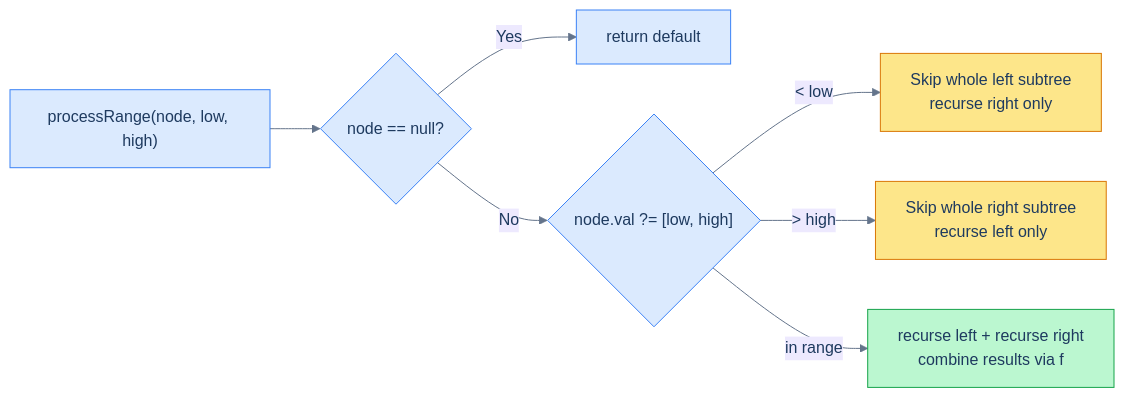
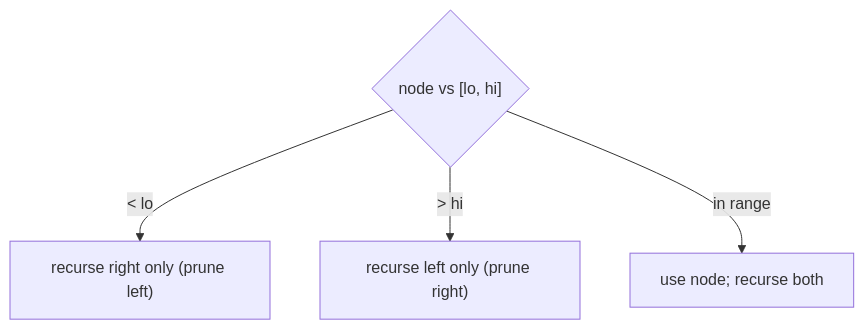
One commit to ani2fun/codefolio changed the diagram in content/cortex/data-structures-and-algorithms/03-trees/02-binary-search-tree/13-pattern-range-postorder/01-pattern.md. Above: the diagram before and after it, drawn with Mermaid. The commit also changed other lines of this file and 1049 other files, not shown here.

````diff
--- a/content/cortex/data-structures-and-algorithms/03-trees/02-binary-search-tree/13-pattern-range-postorder/01-pattern.md
+++ b/content/cortex/data-structures-and-algorithms/03-trees/02-binary-search-tree/13-pattern-range-postorder/01-pattern.md
@@ -18,23 +56,6 @@
 ```mermaid
----
-config:
-  theme: base
-  themeVariables:
-    primaryColor: "#dbeafe"
-    primaryBorderColor: "#3b82f6"
-    primaryTextColor: "#1e3a5f"
-    lineColor: "#64748b"
-    secondaryColor: "#ede9fe"
-    tertiaryColor: "#fef9c3"
----
-flowchart LR
-    A["processRange(node, low, high)"] --> B{"node == null?"}
-    B -->|Yes| C["return default"]
-    B -->|No| D{"node.val ?= [low, high]"}
-    D -->|"&lt; low"| E["Skip whole left subtree<br/>recurse right only"]
-    D -->|"&gt; high"| F["Skip whole right subtree<br/>recurse left only"]
-    D -->|"in range"| G["recurse left + recurse right<br/>combine results via f"]
-    style E fill:#fde68a,stroke:#d97706
-    style F fill:#fde68a,stroke:#d97706
-    style G fill:#bbf7d0,stroke:#16a34a
+flowchart TB
+  Q{"node vs [lo, hi]"} -->|"&lt; lo"| R["recurse right only (prune left)"]
+  Q -->|"&gt; hi"| L["recurse left only (prune right)"]
+  Q -->|"in range"| B["use node; recurse both"]
 ```
````
